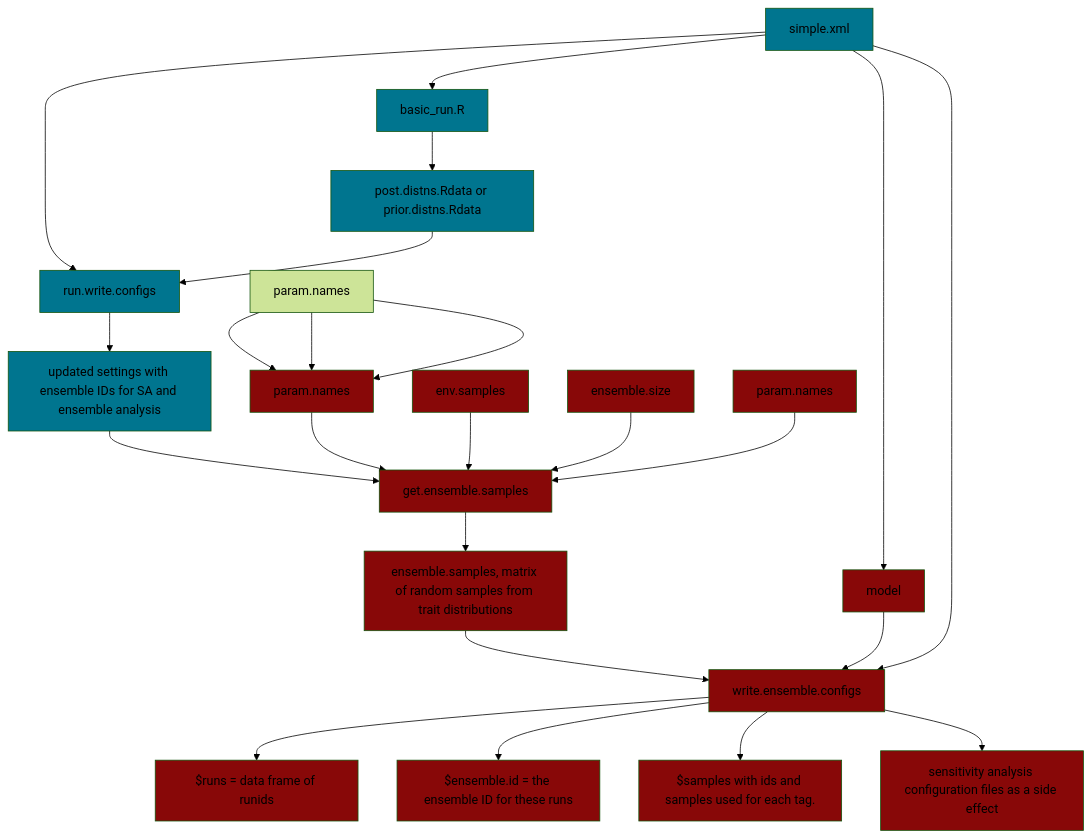
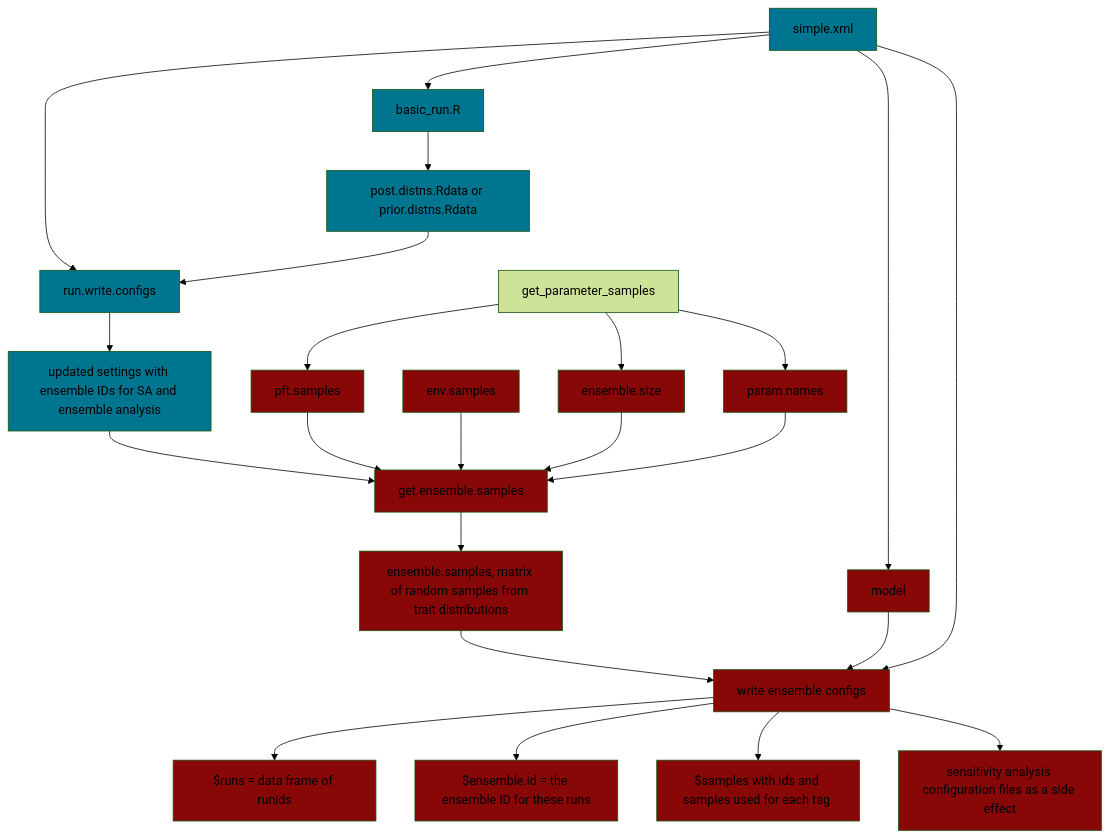
Before and after one commit to ecamo19/gsoc_project_2022_vm: the diagram in README.md, drawn with Mermaid (forest theme).

````diff
--- a/README.md
+++ b/README.md
@@ -47,49 +47,49 @@
 ```mermaid
   graph TD;
       simple.xml-->run.write.configs;
       simple.xml-->basic_run.R;
       simple.xml-->model;
       basic_run.R-->posterior.files[post.distns.Rdata or prior.distns.Rdata];
       posterior.files[post.distns.Rdata or prior.distns.Rdata]-->run.write.configs;
       run.write.configs-->output_1[updated settings with ensemble IDs for SA and ensemble analysis ];
       output_1[updated settings with ensemble IDs for SA and ensemble analysis]-->get.ensemble.samples;
       input_get_ensemble_1[pft.samples]-->get.ensemble.samples;
       input_get_ensemble_2[env.samples]-->get.ensemble.samples;
       input_get_ensemble_3[ensemble.size]-->get.ensemble.samples;
       input_get_ensemble_4[param.names]-->get.ensemble.samples;
-      get_parameter_samples[pft.samples]--> input_get_ensemble_1[pft.samples];  
-      get_parameter_samples[ensemble.size]--> input_get_ensemble_1[ensemble.size];
-      get_parameter_samples[param.names]--> input_get_ensemble_1[param.names];
-      get.ensemble.samples--> output_get_ensemble[ensemble.samples, matrix of random samples from trait distributions];
+      get_parameter_samples-->input_get_ensemble_1[pft.samples];  
+      get_parameter_samples-->input_get_ensemble_3[ensemble.size];
+      get_parameter_samples-->input_get_ensemble_4[param.names];
+      get.ensemble.samples-->output_get_ensemble[ensemble.samples, matrix of random samples from trait distributions];
       output_get_ensemble[ensemble.samples, matrix of random samples from trait distributions]-->write.ensemble.configs;
       model-->write.ensemble.configs;
       simple.xml-->write.ensemble.configs;
       write.ensemble.configs-->output_write_ensemble_1[$runs = data frame of runids];
       write.ensemble.configs-->output_write_ensemble_2[$ensemble.id = the ensemble ID for these runs];
       write.ensemble.configs-->output_write_ensemble_3[$samples with ids and samples used for each tag.];
       write.ensemble.configs-->output_write_ensemble_4[sensitivity analysis configuration files as a side effect];
       
       
      
       style basic_run.R fill:#00758f
       style output_1 fill:#00758f
       style run.write.configs fill:#00758f
       style simple.xml fill:#00758f
       style posterior.files fill:#00758f
       
       
   
       style input_get_ensemble_1 fill:#880808
       style input_get_ensemble_2 fill:#880808
       style input_get_ensemble_3 fill:#880808
       style input_get_ensemble_4 fill:#880808
       style get.ensemble.samples fill:#880808
       style output_get_ensemble  fill:#880808 
       style model fill:#880808 
       style write.ensemble.configs fill:#880808
       style output_write_ensemble_1 fill:#880808
       style output_write_ensemble_2 fill:#880808
       style output_write_ensemble_3 fill:#880808
       style output_write_ensemble_4 fill:#880808
       
 ```
````
